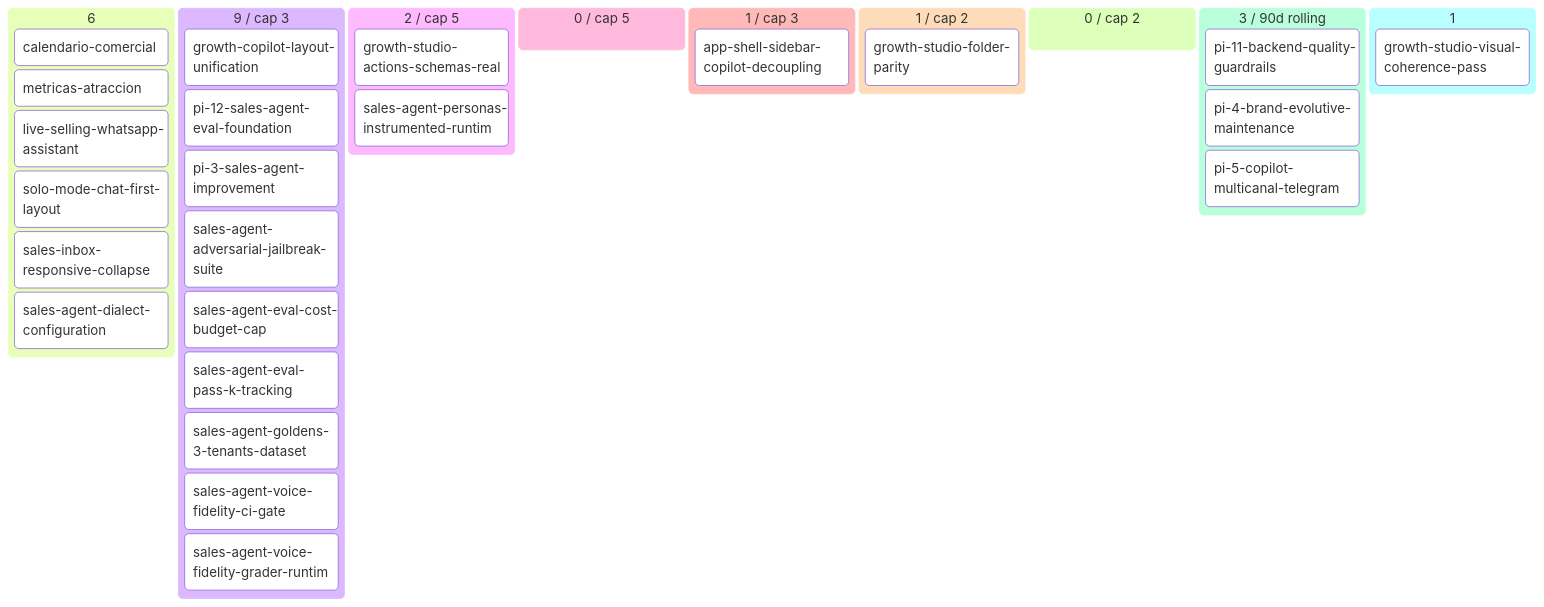
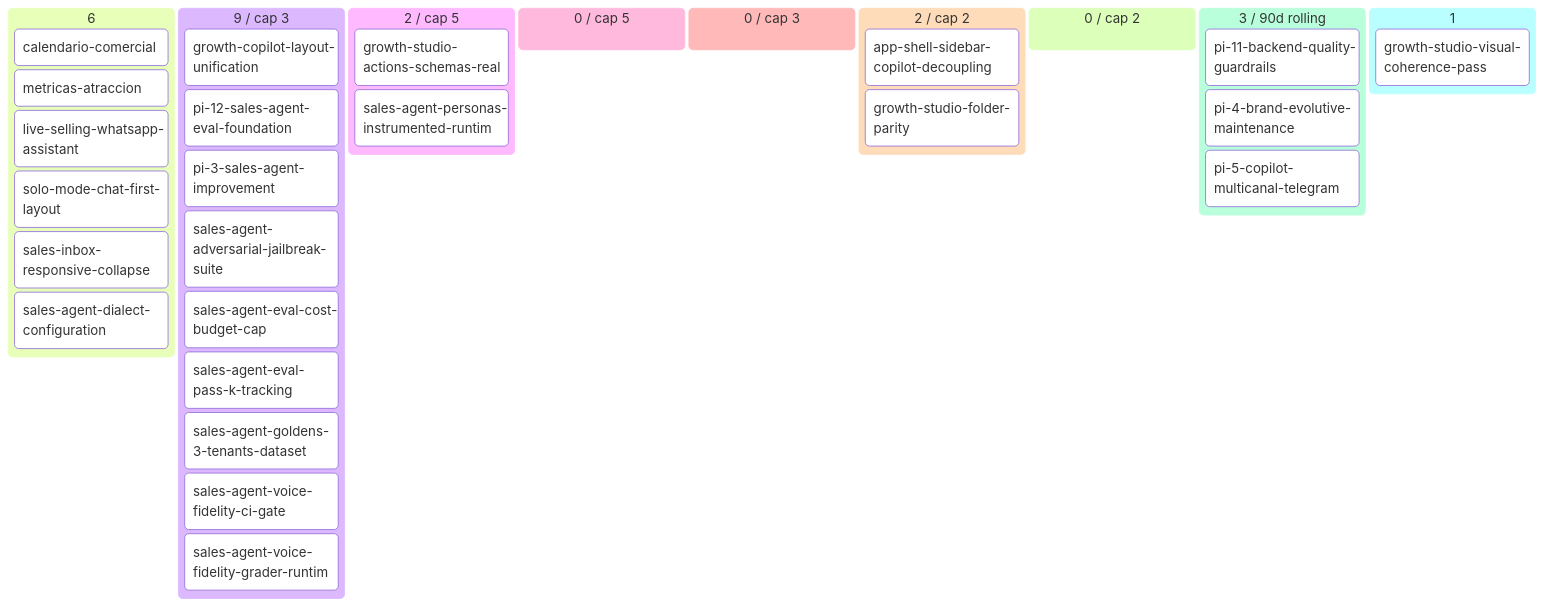
The diagram in docs/product/BACKLOG.md (alpacapurpura/ap_sales_agent), drawn with Mermaid before and after one commit. The commit also changed other lines of this file and 12 other files, not shown here.

````diff
--- a/docs/product/BACKLOG.md
+++ b/docs/product/BACKLOG.md
@@ -58,35 +59,35 @@
 ```mermaid
 kanban
   💡 Ideas (6)
     calendario-comercial[calendario-comercial]
     metricas-atraccion[metricas-atraccion]
     live-selling-whatsapp-assistan[live-selling-whatsapp-assistant]
     solo-mode-chat-first-layout[solo-mode-chat-first-layout]
     sales-inbox-responsive-collaps[sales-inbox-responsive-collapse]
     sales-agent-dialect-configurat[sales-agent-dialect-configuration]
   🔬 Refining (9 / cap 3)
     growth-copilot-layout-unificat[growth-copilot-layout-unification]
     pi-12-sales-agent-eval-foundat[pi-12-sales-agent-eval-foundation]
     pi-3-sales-agent-improvement[pi-3-sales-agent-improvement]
     sales-agent-adversarial-jailbr[sales-agent-adversarial-jailbreak-suite]
     sales-agent-eval-cost-budget-c[sales-agent-eval-cost-budget-cap]
     sales-agent-eval-pass-k-tracki[sales-agent-eval-pass-k-tracking]
     sales-agent-goldens-3-tenants-[sales-agent-goldens-3-tenants-dataset]
     sales-agent-voice-fidelity-ci-[sales-agent-voice-fidelity-ci-gate]
     sales-agent-voice-fidelity-gra[sales-agent-voice-fidelity-grader-runtim]
   ✅ Refined (2 / cap 5)
     growth-studio-actions-schemas-[growth-studio-actions-schemas-real]
     sales-agent-personas-instrumen[sales-agent-personas-instrumented-runtim]
   📦 Ready (0 / cap 5)
-  🔨 Developing (1 / cap 3)
+  🔨 Developing (0 / cap 3)
+  🧪 Developed (2 / cap 2)
     app-shell-sidebar-copilot-deco[app-shell-sidebar-copilot-decoupling]
-  🧪 Developed (1 / cap 2)
     growth-studio-folder-parity[growth-studio-folder-parity]
   🔍 Reviewing (0 / cap 2)
   ✅ Done (3 / 90d rolling)
     pi-11-backend-quality-guardrai[pi-11-backend-quality-guardrails]
     pi-4-brand-evolutive-maintenan[pi-4-brand-evolutive-maintenance]
     pi-5-copilot-multicanal-telegr[pi-5-copilot-multicanal-telegram]
   🅿 Parked (1)
     growth-studio-visual-coherence[growth-studio-visual-coherence-pass]
 ```
````
